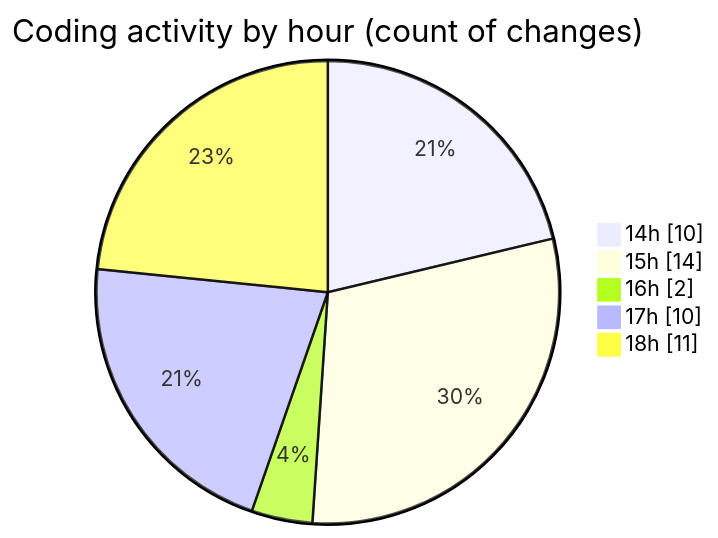
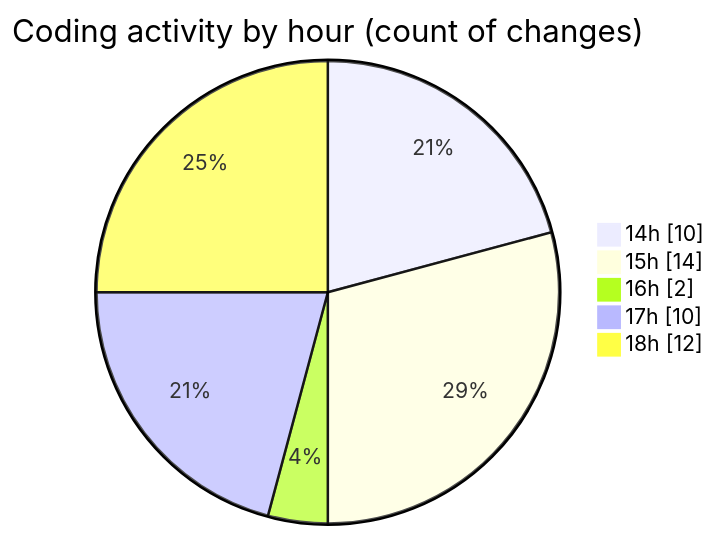
The second of 2 diagrams in 2025-09-11/nxtqube_webapp/README.md (nxtqubesakshisongat/code-tracking), drawn with Mermaid before and after one commit. The commit also changed other lines of this file and 1 other file, not shown here.

````diff
--- a/2025-09-11/nxtqube_webapp/README.md
+++ b/2025-09-11/nxtqube_webapp/README.md
@@ -36,9 +38,9 @@
 ```mermaid
 pie showData
 title Coding activity by hour (count of changes)
 "14h" : 10
 "15h" : 14
 "16h" : 2
 "17h" : 10
-"18h" : 11
+"18h" : 12
 ```
````
